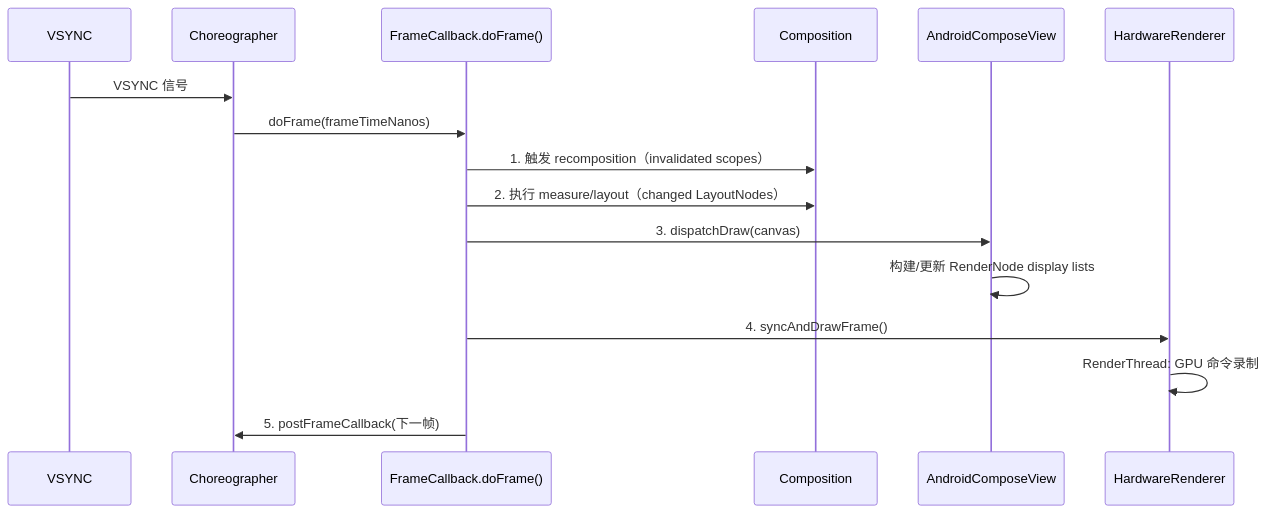
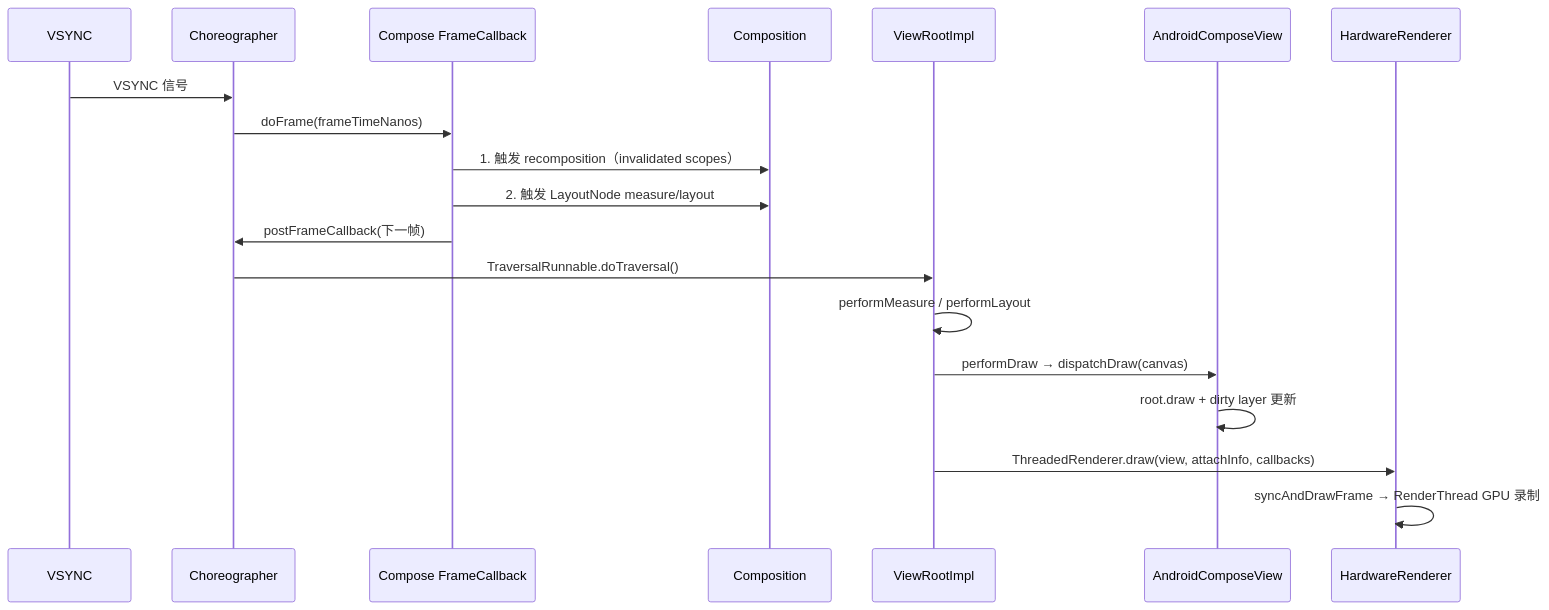
Before and after one commit to Gracker/android-internals-wiki: the first of 4 diagrams in src/part2-performance/ch18-rendering-pipelines/25-compose-rendering-pipeline.md, drawn with Mermaid. The commit also changed other lines of this file and 2 other files, not shown here.

Commit message:
[openclaw] rework: 18.25 Jetpack Compose 渲染管线架构 — Task9 deep review P0 修复 (Choreographer API / 帧提交路径 / LayerManager / FramePacing)

````diff
--- a/src/part2-performance/ch18-rendering-pipelines/25-compose-rendering-pipeline.md
+++ b/src/part2-performance/ch18-rendering-pipelines/25-compose-rendering-pipeline.md
@@ -79,19 +79,22 @@
 ```mermaid
 sequenceDiagram
     participant VSYNC as VSYNC
     participant Choreo as Choreographer
-    participant CB as FrameCallback.doFrame()
+    participant CB_Compose as Compose FrameCallback
     participant Comp as Composition
-    participant View as AndroidComposeView
+    participant VRI as ViewRootImpl
+    participant ACP as AndroidComposeView
     participant HR as HardwareRenderer
     
     VSYNC->>Choreo: VSYNC 信号
-    Choreo->>CB: doFrame(frameTimeNanos)
-    CB->>Comp: 1. 触发 recomposition（invalidated scopes）
-    CB->>Comp: 2. 执行 measure/layout（changed LayoutNodes）
-    CB->>View: 3. dispatchDraw(canvas)
-    View->>View: 构建/更新 RenderNode display lists
-    CB->>HR: 4. syncAndDrawFrame()
-    HR->>HR: RenderThread: GPU 命令录制
-    CB->>Choreo: 5. postFrameCallback(下一帧)
+    Choreo->>CB_Compose: doFrame(frameTimeNanos)
+    CB_Compose->>Comp: 1. 触发 recomposition（invalidated scopes）
+    CB_Compose->>Comp: 2. 触发 LayoutNode measure/layout
+    CB_Compose->>Choreo: postFrameCallback(下一帧)
+    Choreo->>VRI: TraversalRunnable.doTraversal()
+    VRI->>VRI: performMeasure / performLayout
+    VRI->>ACP: performDraw → dispatchDraw(canvas)
+    ACP->>ACP: root.draw + dirty layer 更新
+    VRI->>HR: ThreadedRenderer.draw(view, attachInfo, callbacks)
+    HR->>HR: syncAndDrawFrame → RenderThread GPU 录制
 ```
````
